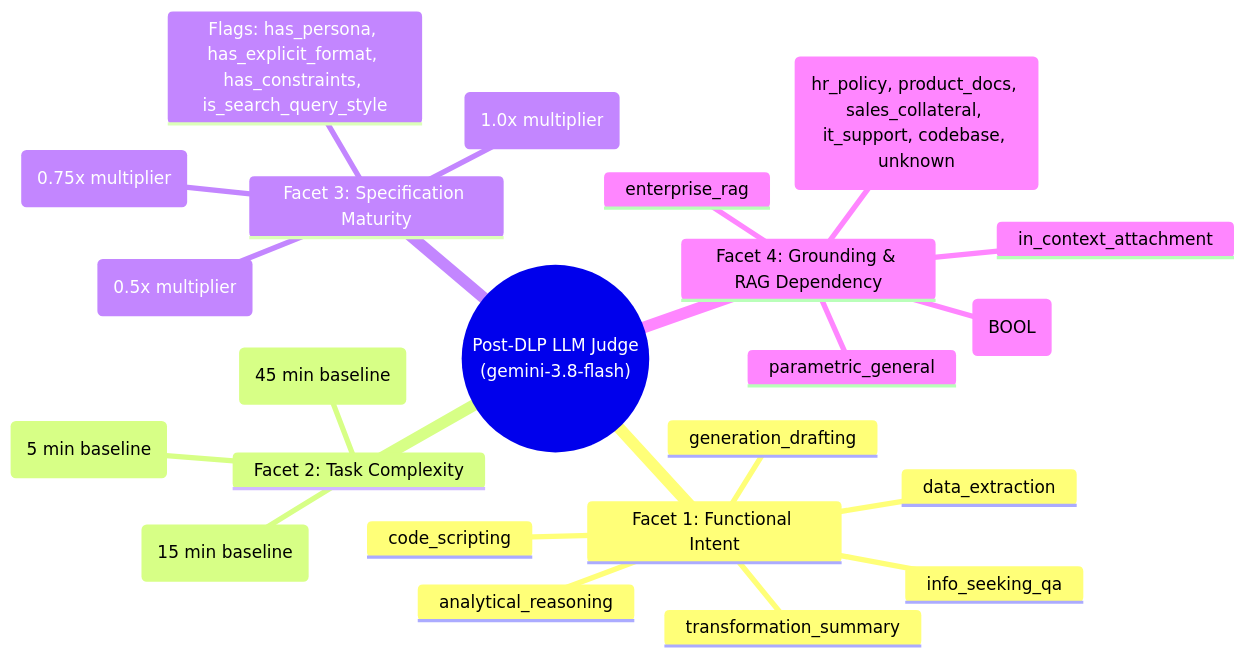
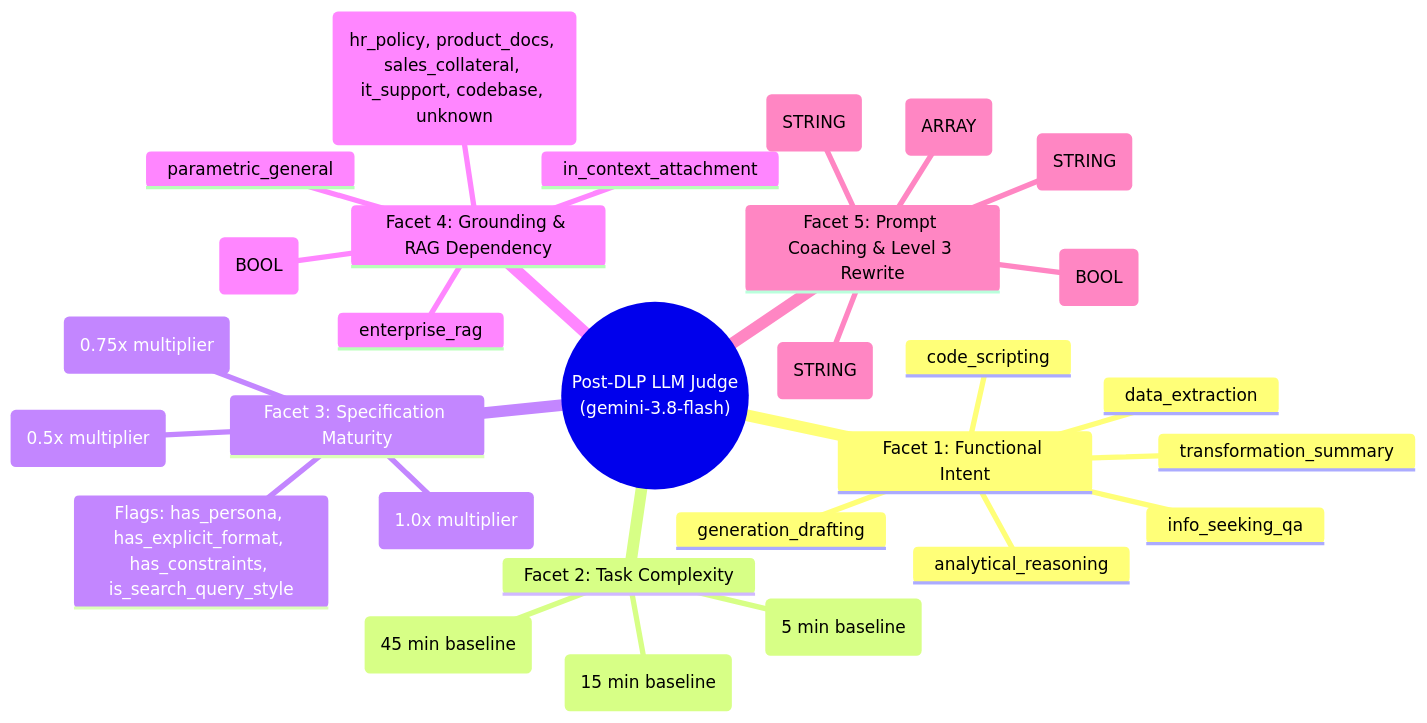
Before and after one commit to wanderas-pixel/ge-prompt-analytics: the third of 3 diagrams in Solution_Description.md, drawn with Mermaid. The commit also changed other lines of this file and 3 other files, not shown here.

Commit message:
docs & data: align all documentation and 1,000-row dataset with 40-column 5-Facet Prompt Coach solution

````diff
--- a/Solution_Description.md
+++ b/Solution_Description.md
@@ -342,26 +342,32 @@
 ```mermaid
 mindmap
   root(("Post-DLP LLM Judge<br/>(gemini-3.8-flash)"))
     Facet 1: Functional Intent
       generation_drafting
       transformation_summary
       code_scripting
       info_seeking_qa
       data_extraction
       analytical_reasoning
     Facet 2: Task Complexity
       low (5 min baseline)
       medium (15 min baseline)
       high (45 min baseline)
     Facet 3: Specification Maturity
       level_1_underspecified (0.5x multiplier)
       level_2_basic_directive (0.75x multiplier)
       level_3_well_engineered (1.0x multiplier)
       Flags: has_persona, has_explicit_format, has_constraints, is_search_query_style
     Facet 4: Grounding & RAG Dependency
       enterprise_rag
       in_context_attachment
       parametric_general
       requires_enterprise_knowledge (BOOL)
       target_corpus (hr_policy, product_docs, sales_collateral, it_support, codebase, unknown)
+    Facet 5: Prompt Coaching & Level 3 Rewrite
+      needs_improvement (BOOL)
+      missing_elements (ARRAY)
+      improvement_recommendation (STRING)
+      rewritten_level_3_prompt (STRING)
+      recommended_target_agent_or_connector (STRING)
 ```
````
